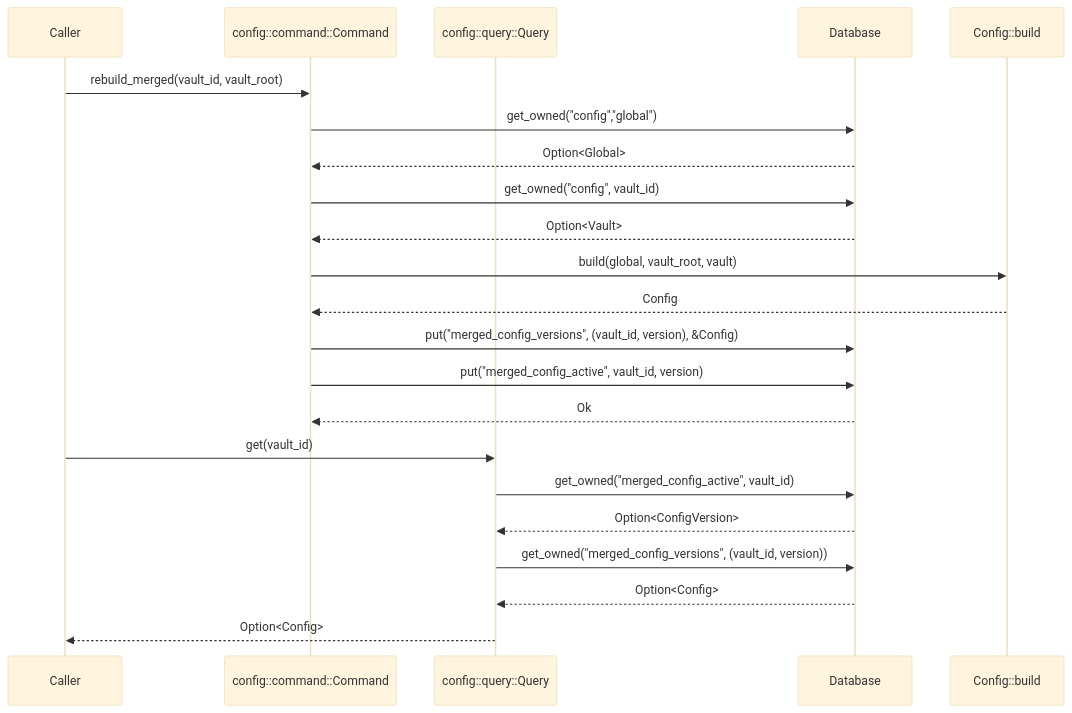
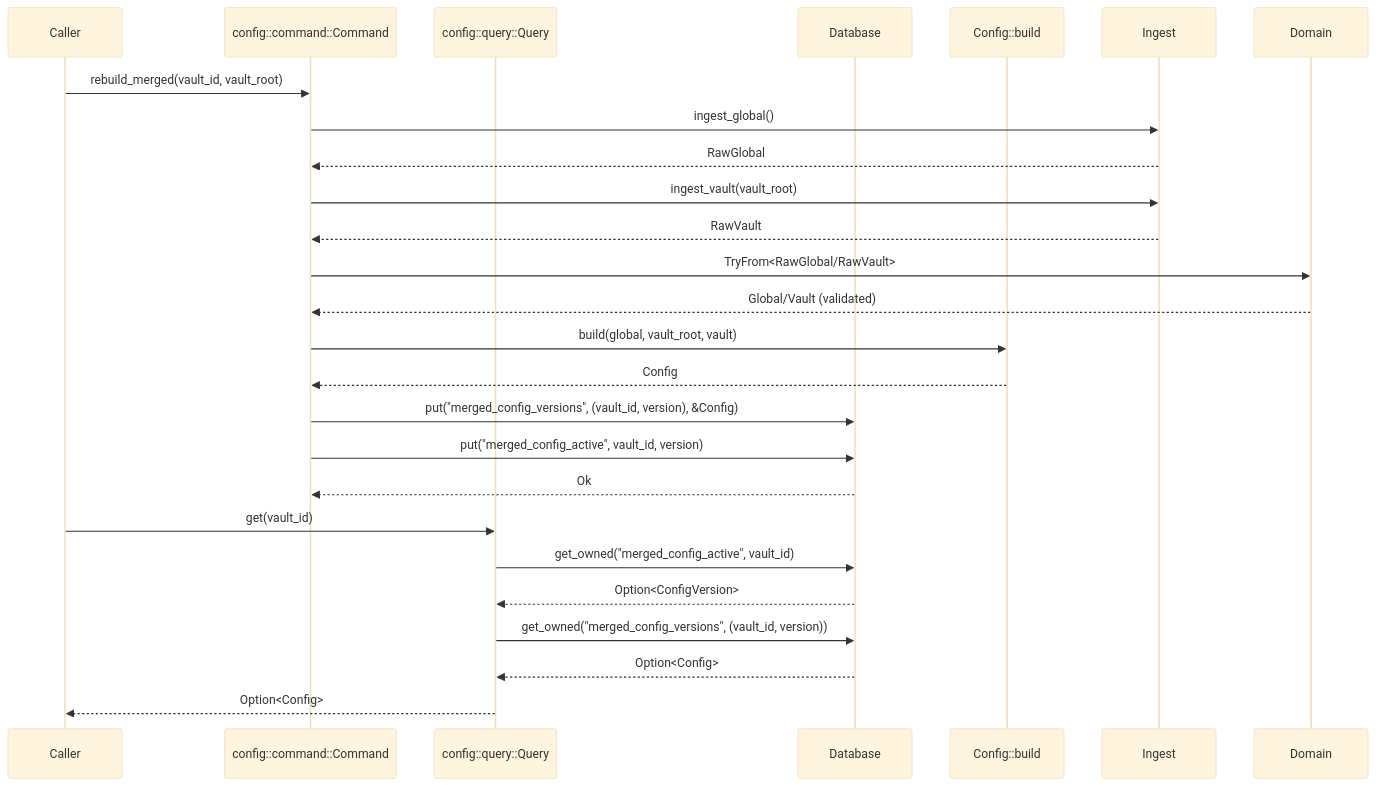
Before and after one commit to JackMatanky/lithos: the third of 3 diagrams in docs/design/002-config-cqrs.md, drawn with Mermaid (base theme). The commit also changed other lines of this file and 2 other files, not shown here.

Commit message:
docs(design): align config specs with ingest boundary

````diff
--- a/docs/design/002-config-cqrs.md
+++ b/docs/design/002-config-cqrs.md
@@ -265,26 +269,28 @@
 ```mermaid
 sequenceDiagram
   participant Caller
   participant Cmd as config::command::Command
   participant Q as config::query::Query
   participant DB as Database
   participant Agg as Config::build
 
   Caller->>Cmd: rebuild_merged(vault_id, vault_root)
-  Cmd->>DB: get_owned("config","global")
-  DB-->>Cmd: Option<Global>
-  Cmd->>DB: get_owned("config", vault_id)
-  DB-->>Cmd: Option<Vault>
+  Cmd->>Ingest: ingest_global()
+  Ingest-->>Cmd: RawGlobal
+  Cmd->>Ingest: ingest_vault(vault_root)
+  Ingest-->>Cmd: RawVault
+  Cmd->>Domain: TryFrom<RawGlobal/RawVault>
+  Domain-->>Cmd: Global/Vault (validated)
   Cmd->>Agg: build(global, vault_root, vault)
   Agg-->>Cmd: Config
   Cmd->>DB: put("merged_config_versions", (vault_id, version), &Config)
   Cmd->>DB: put("merged_config_active", vault_id, version)
   DB-->>Cmd: Ok
 
   Caller->>Q: get(vault_id)
   Q->>DB: get_owned("merged_config_active", vault_id)
   DB-->>Q: Option<ConfigVersion>
   Q->>DB: get_owned("merged_config_versions", (vault_id, version))
   DB-->>Q: Option<Config>
   Q-->>Caller: Option<Config>
 ```
````
